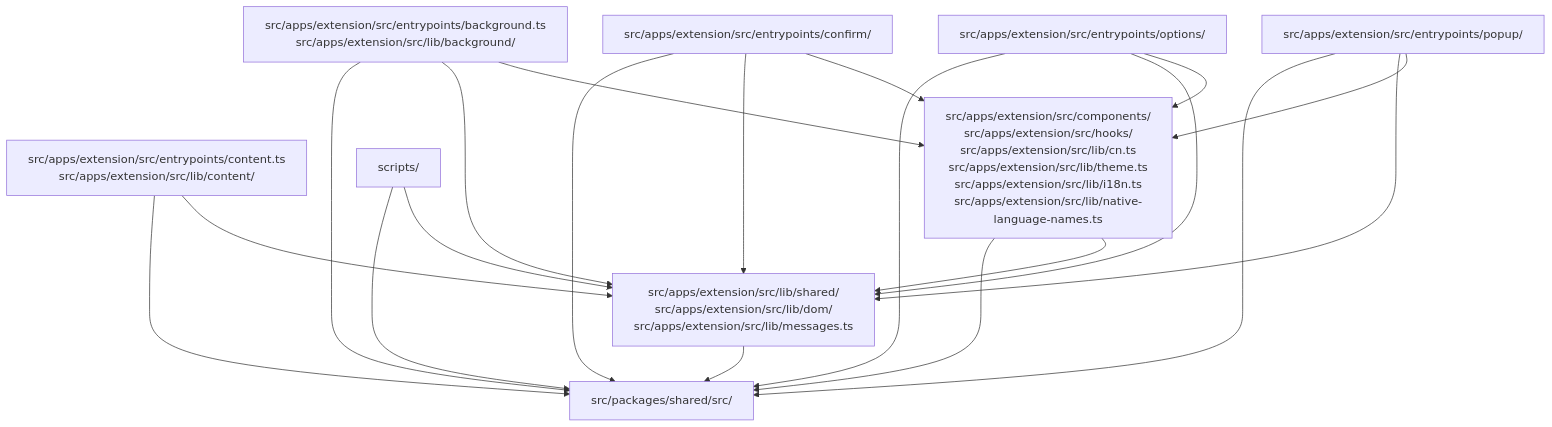
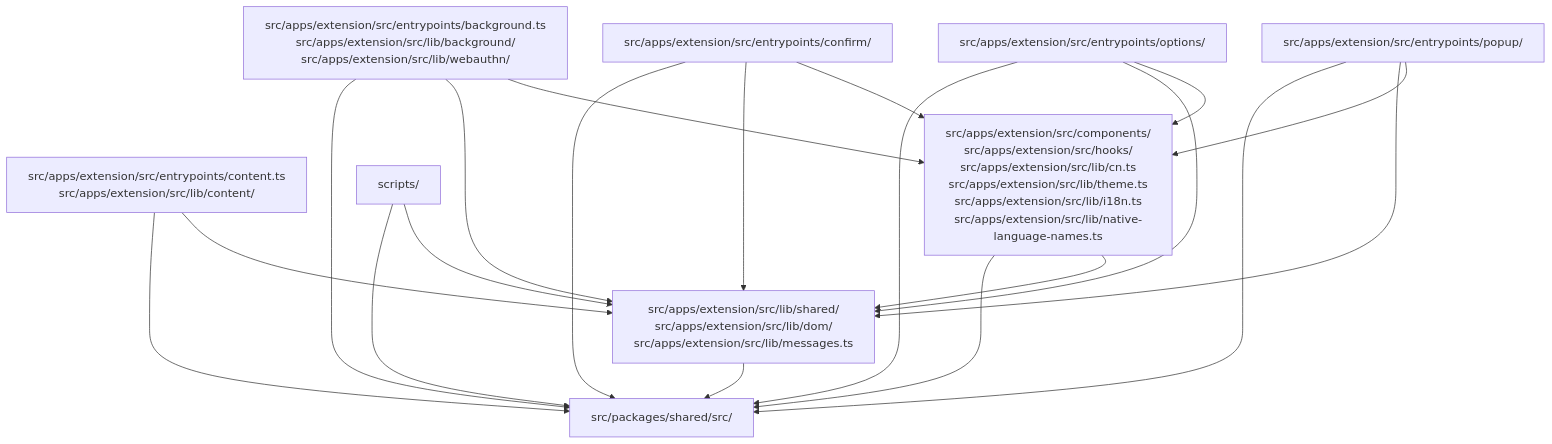
One commit to Vivswan/chromium-bridge changed the diagram in docs/architecture.md. Above: the diagram before and after it, drawn with Mermaid. The commit also changed 8 other files, not shown here.

````diff
--- a/docs/architecture.md
+++ b/docs/architecture.md
@@ -414,31 +414,31 @@
 ```mermaid
 graph TD
   shared["src/packages/shared/src/"]
-  extension_background["src/apps/extension/src/entrypoints/background.ts<br>src/apps/extension/src/lib/background/"]
+  extension_background["src/apps/extension/src/entrypoints/background.ts<br>src/apps/extension/src/lib/background/<br>src/apps/extension/src/lib/webauthn/"]
   extension_content["src/apps/extension/src/entrypoints/content.ts<br>src/apps/extension/src/lib/content/"]
   extension_confirm["src/apps/extension/src/entrypoints/confirm/"]
   extension_options["src/apps/extension/src/entrypoints/options/"]
   extension_popup["src/apps/extension/src/entrypoints/popup/"]
   extension_ui["src/apps/extension/src/components/<br>src/apps/extension/src/hooks/<br>src/apps/extension/src/lib/cn.ts<br>src/apps/extension/src/lib/theme.ts<br>src/apps/extension/src/lib/i18n.ts<br>src/apps/extension/src/lib/native-language-names.ts"]
   extension_lib["src/apps/extension/src/lib/shared/<br>src/apps/extension/src/lib/dom/<br>src/apps/extension/src/lib/messages.ts"]
   scripts["scripts/"]
   extension_background --> shared
   extension_background --> extension_lib
   extension_background --> extension_ui
   extension_content --> shared
   extension_content --> extension_lib
   extension_confirm --> shared
   extension_confirm --> extension_lib
   extension_confirm --> extension_ui
   extension_options --> shared
   extension_options --> extension_lib
   extension_options --> extension_ui
   extension_popup --> shared
   extension_popup --> extension_lib
   extension_popup --> extension_ui
   extension_ui --> shared
   extension_ui --> extension_lib
   extension_lib --> shared
   scripts --> shared
   scripts --> extension_lib
 ```
````
